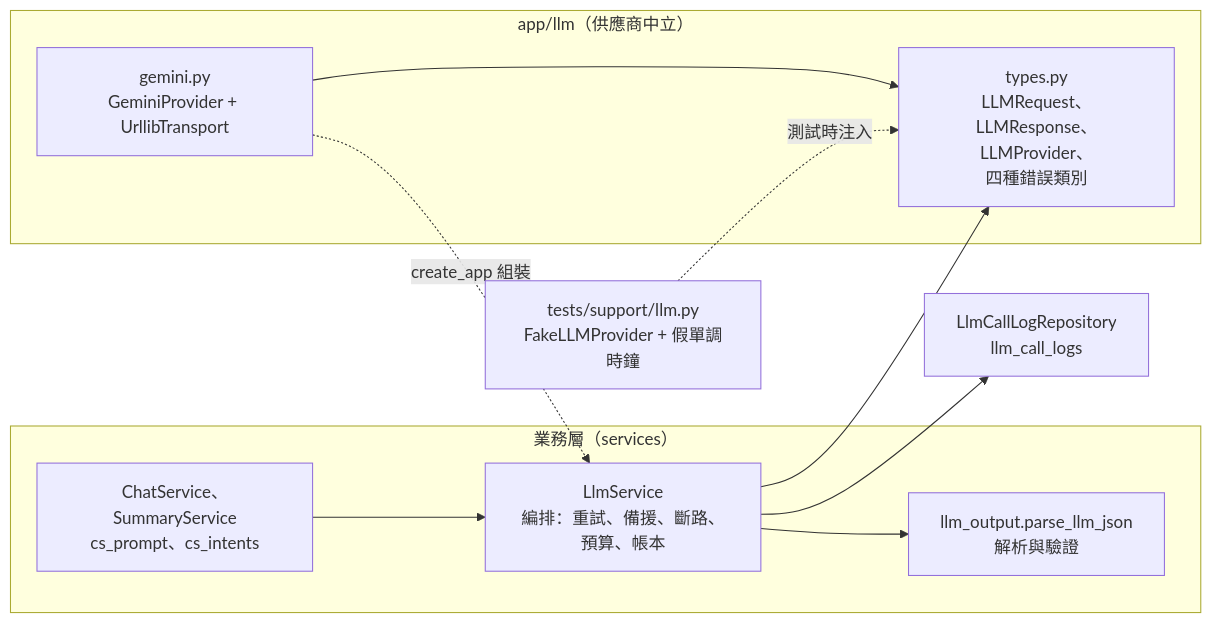
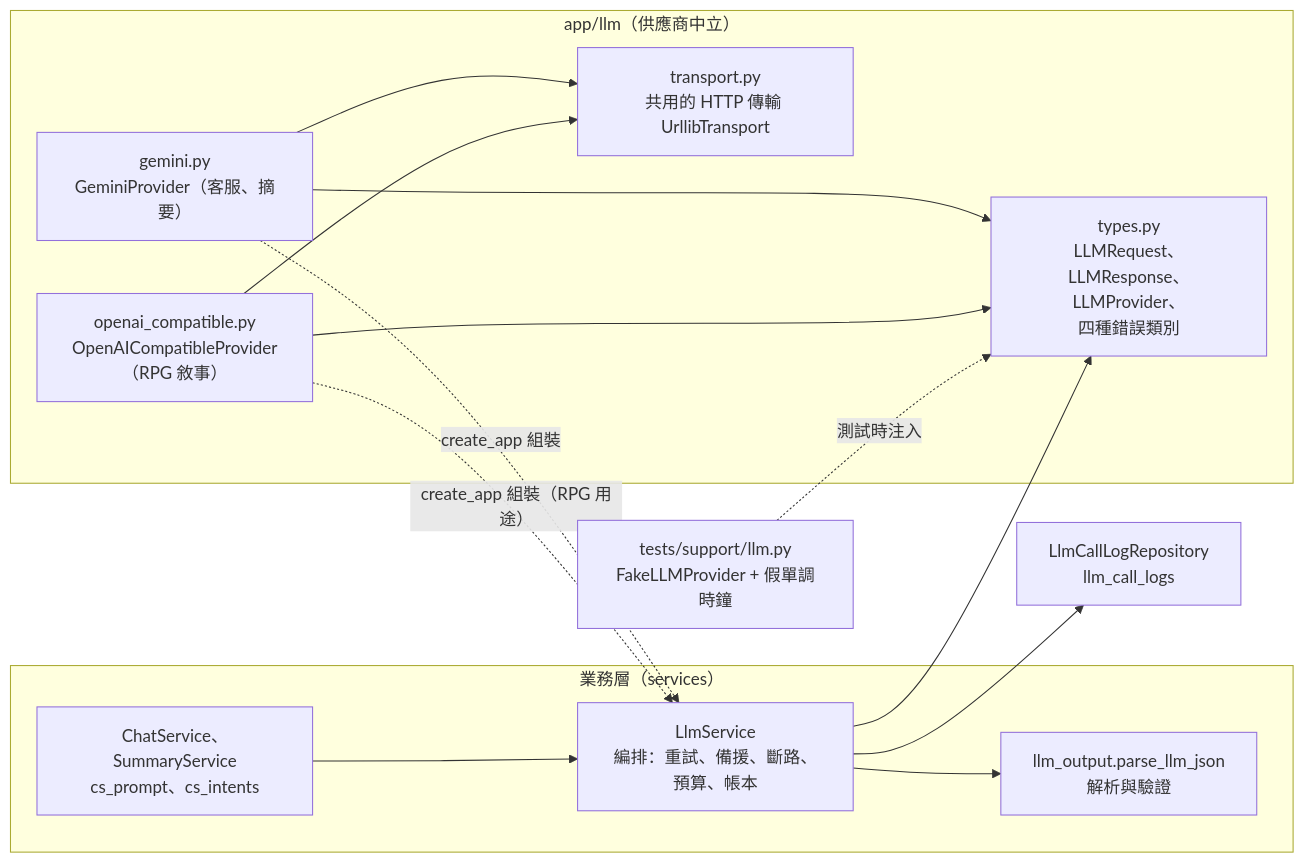
The first of 5 diagrams in docs/模型呼叫層-llm-layer.md (pp466pp466/R.A.C), drawn with Mermaid before and after one commit. The commit also changed other lines of this file and 25 other files, not shown here.

First line of the commit message:
新增 RPG 用途的 OpenAI 相容端點與等級 3 環境開關（openai-compatible-provider）

````diff
--- a/docs/模型呼叫層-llm-layer.md
+++ b/docs/模型呼叫層-llm-layer.md
@@ -9,22 +9,28 @@
 ```mermaid
 flowchart LR
     subgraph Biz["業務層（services）"]
         Ls["LlmService<br/>編排：重試、備援、斷路、預算、帳本"]
         Out["llm_output.parse_llm_json<br/>解析與驗證"]
         Cs["ChatService、SummaryService<br/>cs_prompt、cs_intents"]
     end
     subgraph Llm["app/llm（供應商中立）"]
         Types["types.py<br/>LLMRequest、LLMResponse、LLMProvider、<br/>四種錯誤類別"]
-        Gem["gemini.py<br/>GeminiProvider + UrllibTransport"]
+        Gem["gemini.py<br/>GeminiProvider（客服、摘要）"]
+        Oai["openai_compatible.py<br/>OpenAICompatibleProvider（RPG 敘事）"]
+        Tr["transport.py<br/>共用的 HTTP 傳輸 UrllibTransport"]
     end
     Fake["tests/support/llm.py<br/>FakeLLMProvider + 假單調時鐘"]
     Repo["LlmCallLogRepository<br/>llm_call_logs"]
 
     Cs --> Ls
     Ls --> Out
     Ls --> Types
     Ls --> Repo
     Gem --> Types
+    Oai --> Types
+    Gem --> Tr
+    Oai --> Tr
     Fake -.->|"測試時注入"| Types
     Gem -.->|"create_app 組裝"| Ls
+    Oai -.->|"create_app 組裝（RPG 用途）"| Ls
 ```
````
